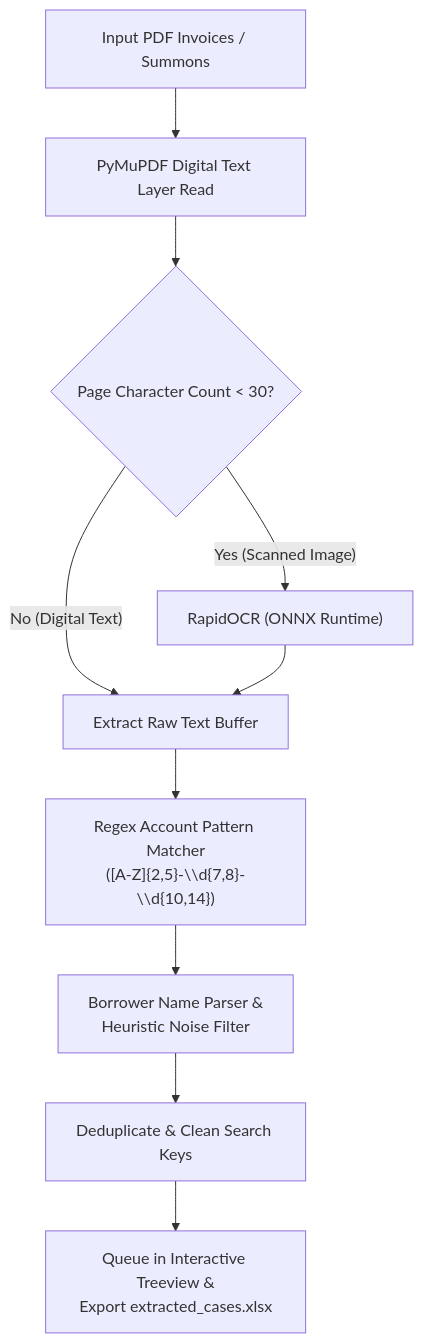
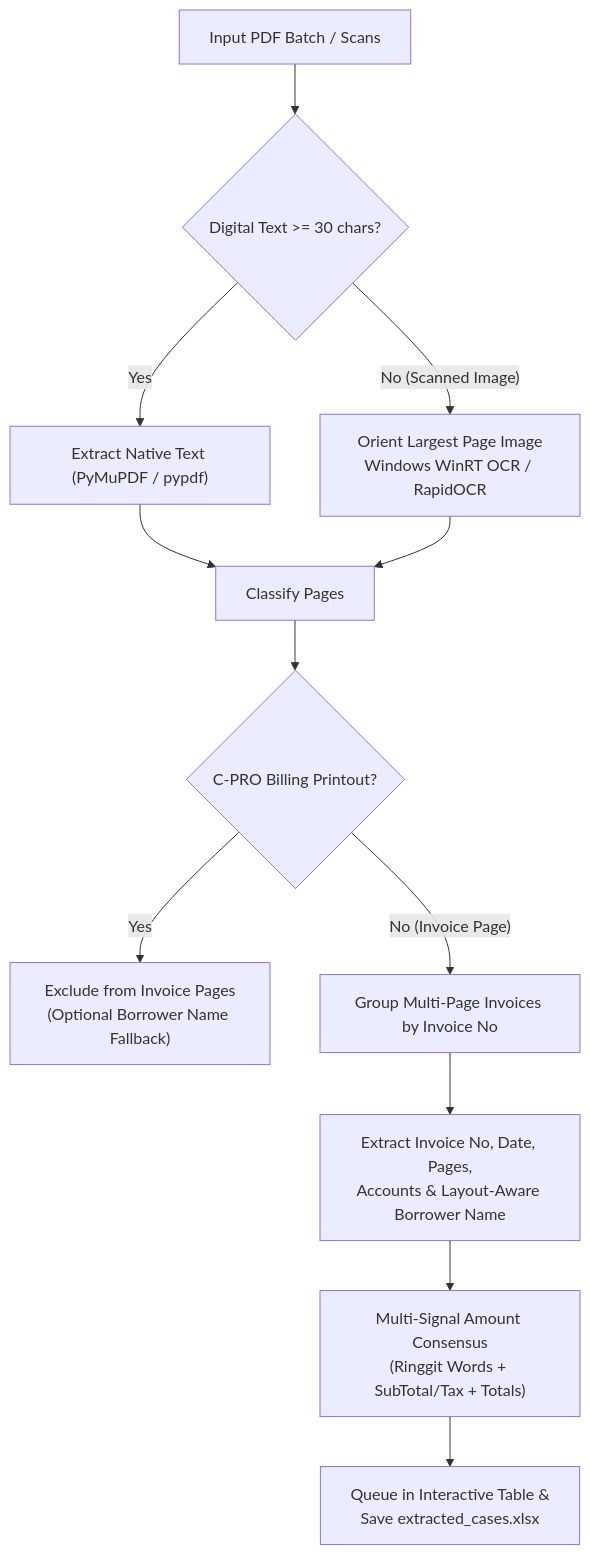
The first of 2 diagrams in README.md (ChunJIA614/cpro-case-suite), drawn with Mermaid before and after one commit. The commit also changed other lines of this file and 3 other files, not shown here.

Commit message:
feat: add automated invoice OCR, multi-account billing verification, eye-preview check, and E-INVOICE upload

````diff
--- a/README.md
+++ b/README.md
@@ -96,12 +88,14 @@
 ```mermaid
 flowchart TD
-    A["Input PDF Invoices / Summons"] --> B["PyMuPDF Digital Text Layer Read"]
-    B --> C{"Page Character Count < 30?"}
-    C -- Yes (Scanned Image) --> D["RapidOCR (ONNX Runtime)"]
-    C -- No (Digital Text) --> E["Extract Raw Text Buffer"]
+    A["Input PDF Batch / Scans"] --> B{"Digital Text >= 30 chars?"}
+    B -- Yes --> C["Extract Native Text (PyMuPDF / pypdf)"]
+    B -- No (Scanned Image) --> D["Orient Largest Page Image\nWindows WinRT OCR / RapidOCR"]
+    C --> E["Classify Pages"]
     D --> E
-    E --> F["Regex Account Pattern Matcher\n([A-Z]{2,5}-\\d{7,8}-\\d{10,14})"]
-    F --> G["Borrower Name Parser &\nHeuristic Noise Filter"]
-    G --> H["Deduplicate & Clean Search Keys"]
-    H --> I["Queue in Interactive Treeview &\nExport extracted_cases.xlsx"]
+    E --> F{"C-PRO Billing Printout?"}
+    F -- Yes --> G["Exclude from Invoice Pages\n(Optional Borrower Name Fallback)"]
+    F -- No (Invoice Page) --> H["Group Multi-Page Invoices by Invoice No"]
+    H --> I["Extract Invoice No, Date, Pages,\nAccounts & Layout-Aware Borrower Name"]
+    I --> J["Multi-Signal Amount Consensus\n(Ringgit Words + SubTotal/Tax + Totals)"]
+    J --> K["Queue in Interactive Table &\nSave extracted_cases.xlsx"]
 ```
````
